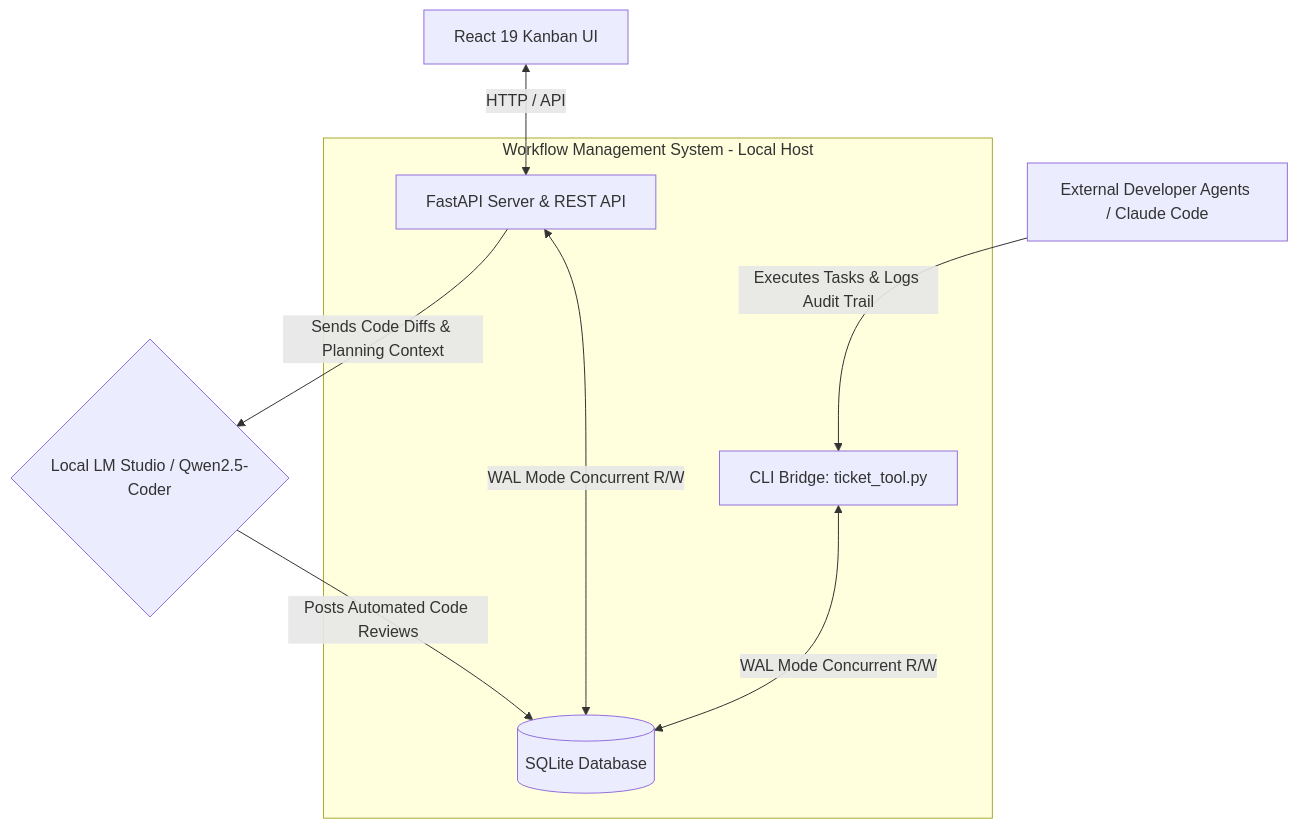
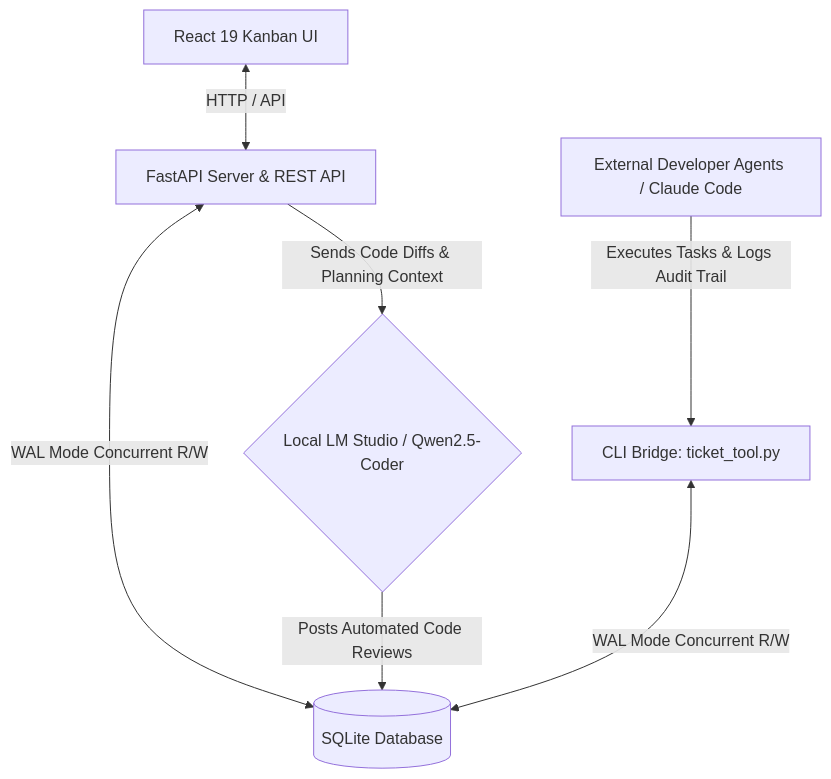
Before and after one commit to alexisbailon1/alexisbailon1: the diagram in README.md, drawn with Mermaid.

Commit message:
Update README to remove subgraph for workflow system
Removed subgraph definition for workflow management system in the README.

````diff
--- a/README.md
+++ b/README.md
@@ -22,11 +22,10 @@
 ```mermaid
 graph TD
-    subgraph Hub [Workflow Management System - Local Host]
         API[FastAPI Server & REST API] <-->|WAL Mode Concurrent R/W| DB[(SQLite Database)]
         CLI[CLI Bridge: ticket_tool.py] <-->|WAL Mode Concurrent R/W| DB
-    end
+
     UI[React 19 Kanban UI] <-->|HTTP / API| API
     Agent[External Developer Agents / Claude Code] -->|Executes Tasks & Logs Audit Trail| CLI
     API -->|Sends Code Diffs & Planning Context| LLM{Local LM Studio / Qwen2.5-Coder}
     LLM -->|Posts Automated Code Reviews| DB
 ```
````
